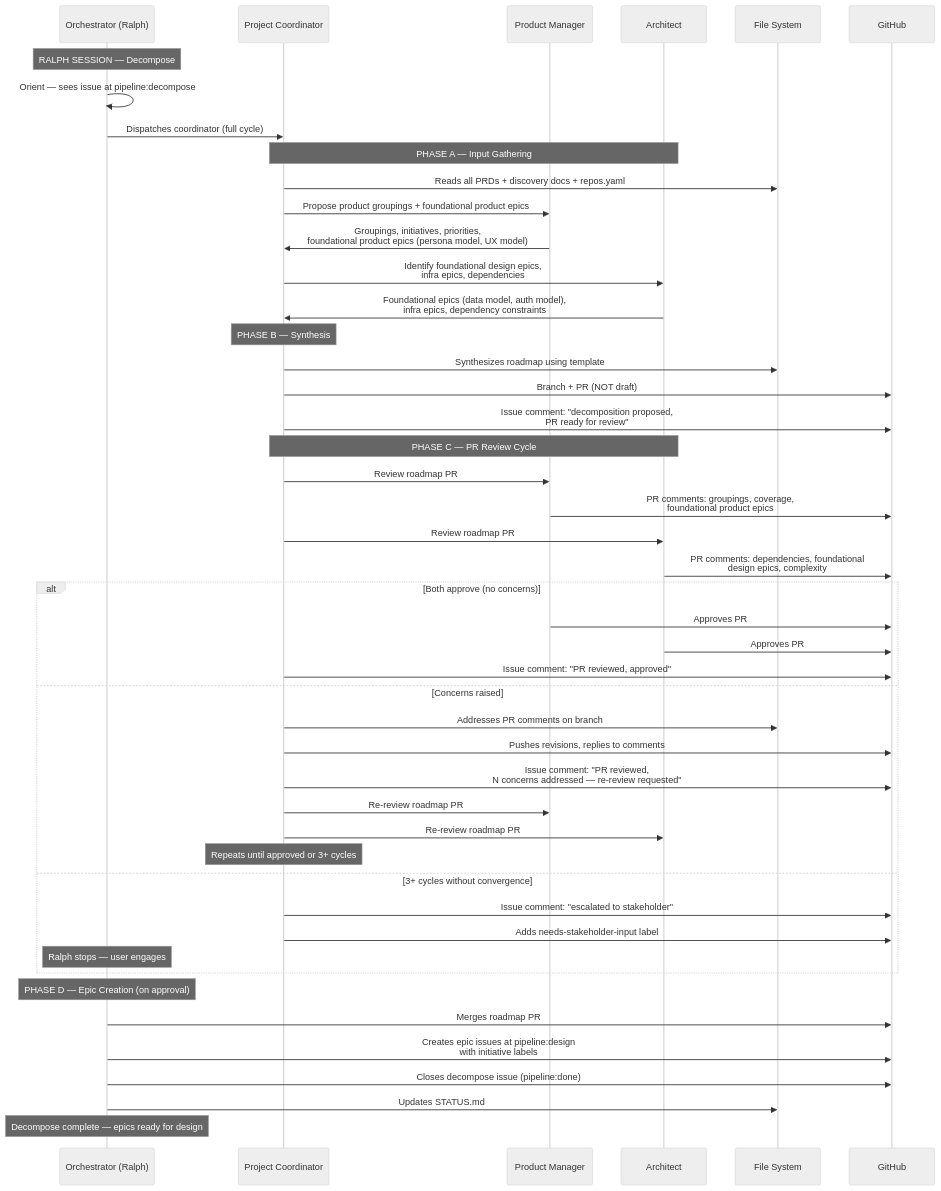
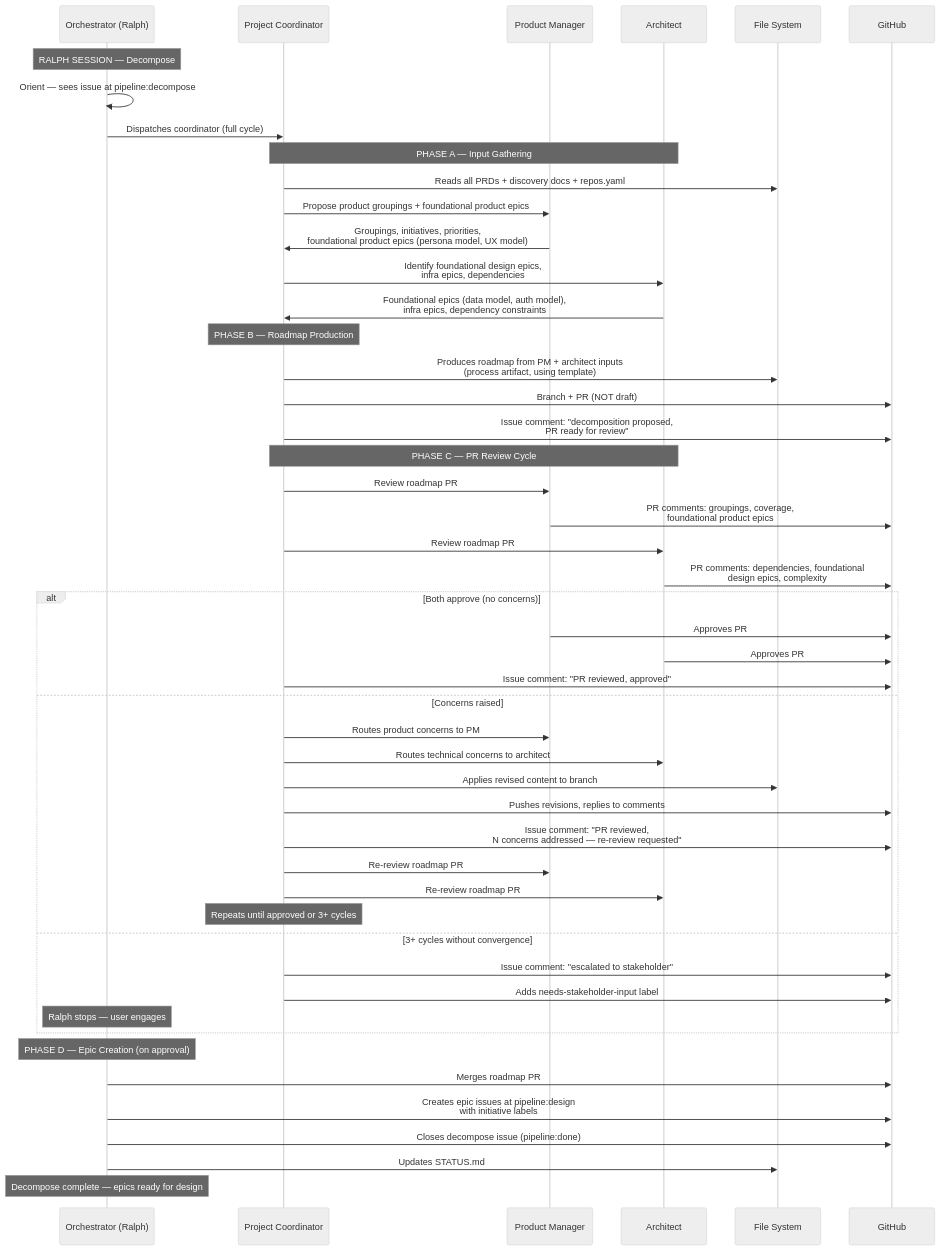
One commit to themachinagod/andgasm-claude-orchestration-project changed the ninth of 12 diagrams in docs/research/pipeline-redesign-v2.md. Above: the diagram before and after it, drawn with Mermaid (neutral theme). The commit also changed other lines of this file, not shown here.

First line of the commit message:
docs: align pipeline-redesign-v2 with coordinator-as-process-manager

````diff
--- a/docs/research/pipeline-redesign-v2.md
+++ b/docs/research/pipeline-redesign-v2.md
@@ -587,56 +592,58 @@
 ```mermaid
 sequenceDiagram
     participant O as Orchestrator (Ralph)
     participant C as Project Coordinator
     participant PM as Product Manager
     participant A as Architect
     participant FS as File System
     participant GH as GitHub
 
     Note over O: RALPH SESSION — Decompose
 
     O->>O: Orient — sees issue at pipeline:decompose
     O->>C: Dispatches coordinator (full cycle)
 
     Note over C,A: PHASE A — Input Gathering
     C->>FS: Reads all PRDs + discovery docs + repos.yaml
     C->>PM: Propose product groupings + foundational product epics
     PM->>C: Groupings, initiatives, priorities,<br/>foundational product epics (persona model, UX model)
     C->>A: Identify foundational design epics,<br/>infra epics, dependencies
     A->>C: Foundational epics (data model, auth model),<br/>infra epics, dependency constraints
 
-    Note over C: PHASE B — Synthesis
-    C->>FS: Synthesizes roadmap using template
+    Note over C: PHASE B — Roadmap Production
+    C->>FS: Produces roadmap from PM + architect inputs<br/>(process artifact, using template)
     C->>GH: Branch + PR (NOT draft)
     C->>GH: Issue comment: "decomposition proposed,<br/>PR ready for review"
 
     Note over C,A: PHASE C — PR Review Cycle
     C->>PM: Review roadmap PR
     PM->>GH: PR comments: groupings, coverage,<br/>foundational product epics
     C->>A: Review roadmap PR
     A->>GH: PR comments: dependencies, foundational<br/>design epics, complexity
 
     alt Both approve (no concerns)
         PM->>GH: Approves PR
         A->>GH: Approves PR
         C->>GH: Issue comment: "PR reviewed, approved"
     else Concerns raised
-        C->>FS: Addresses PR comments on branch
+        C->>PM: Routes product concerns to PM
+        C->>A: Routes technical concerns to architect
+        C->>FS: Applies revised content to branch
         C->>GH: Pushes revisions, replies to comments
         C->>GH: Issue comment: "PR reviewed,<br/>N concerns addressed — re-review requested"
         C->>PM: Re-review roadmap PR
         C->>A: Re-review roadmap PR
         Note over C: Repeats until approved or 3+ cycles
     else 3+ cycles without convergence
         C->>GH: Issue comment: "escalated to stakeholder"
         C->>GH: Adds needs-stakeholder-input label
         Note over O: Ralph stops — user engages
     end
 
     Note over O: PHASE D — Epic Creation (on approval)
     O->>GH: Merges roadmap PR
     O->>GH: Creates epic issues at pipeline:design<br/>with initiative labels
     O->>GH: Closes decompose issue (pipeline:done)
     O->>FS: Updates STATUS.md
     Note over O: Decompose complete — epics ready for design
 ```
````
